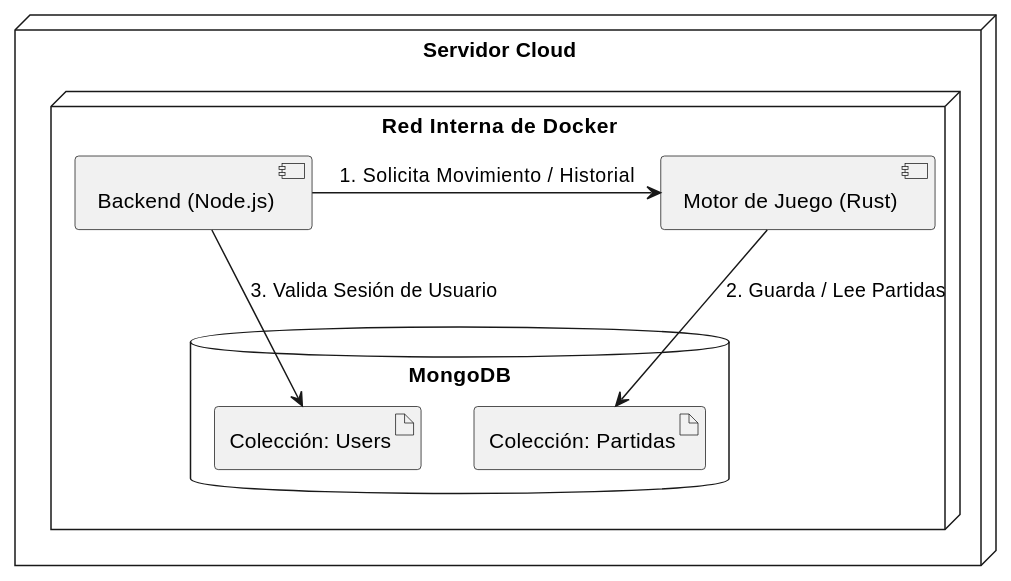
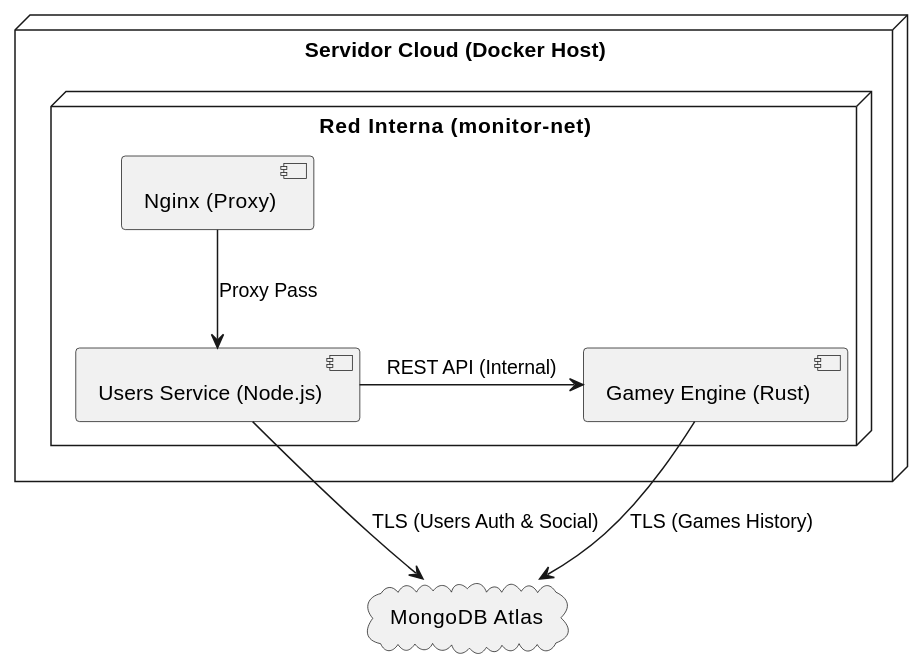
Before and after one commit to Arquisoft/yovi_es1b: the second of 4 diagrams in docs/src/07_deployment_view.adoc, drawn with PlantUML. The commit also changed other lines of this file and 4 other files, not shown here.

```diff
--- a/docs/src/07_deployment_view.adoc
+++ b/docs/src/07_deployment_view.adoc
@@ -143,21 +76,19 @@
 [plantuml, level2-server, png]
 ----
 @startuml
-node "Servidor Cloud" {
-    node "Red Interna de Docker" {
-        component "Backend (Node.js)" as node
-        component "Motor de Juego (Rust)" as rust
-        database "MongoDB" as db {
-            artifact "Colección: Users" as u_coll
-            artifact "Colección: Partidas" as p_coll
-        }
+node "Servidor Cloud (Docker Host)" {
+    node "Red Interna (monitor-net)" {
+        component "Nginx (Proxy)" as nginx
+        component "Users Service (Node.js)" as node
+        component "Gamey Engine (Rust)" as rust
     }
 }
 
-' Flujos de datos internos
-node -> rust : 1. Solicita Movimiento / Historial
-rust --> p_coll : 2. Guarda / Lee Partidas
-node --> u_coll : 3. Valida Sesión de Usuario
+cloud "MongoDB Atlas" as atlas
 
+nginx -down-> node : Proxy Pass
+node -right-> rust : REST API (Internal)
+node -down-> atlas : TLS (Users Auth & Social)
+rust -down-> atlas : TLS (Games History)
 @enduml
 ----
```
